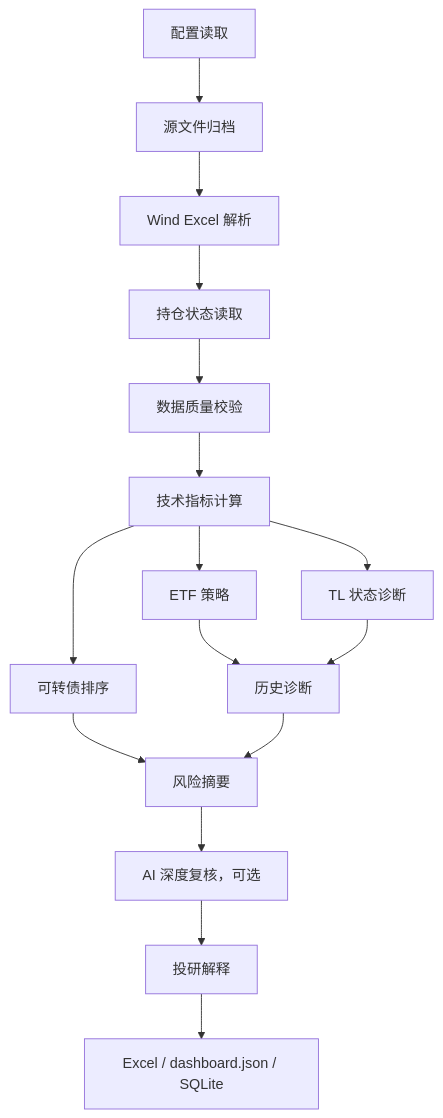
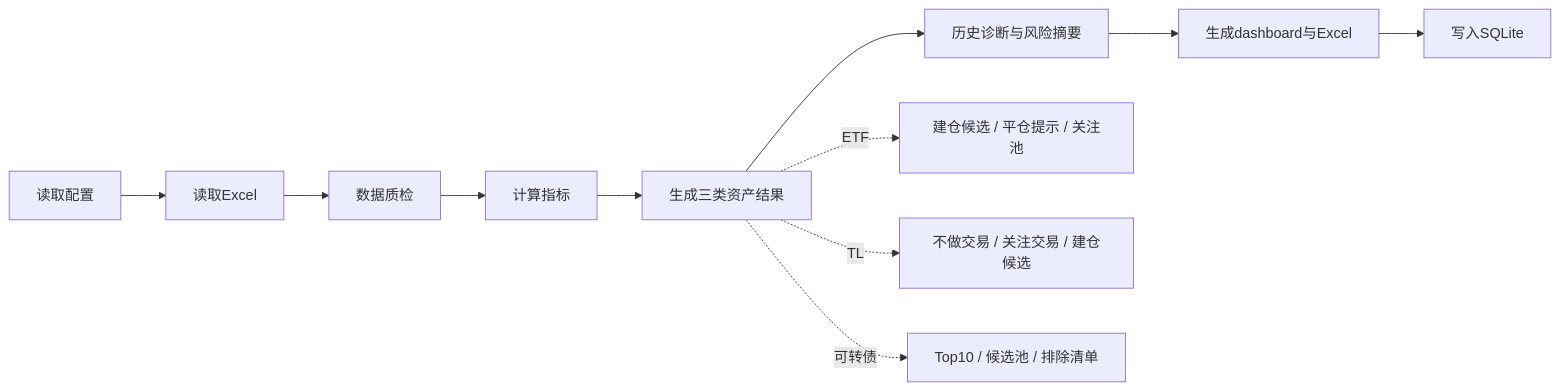
Before and after one commit to Gmasterzhangxinyang/AI-investment: the second of 2 diagrams in README.md, drawn with Mermaid. The commit also changed other lines of this file, not shown here.

Commit message:
Clarify final architecture documentation

````diff
--- a/README.md
+++ b/README.md
@@ -84,18 +89,14 @@
 ```mermaid
-flowchart TD
-    A["配置读取"] --> B["源文件归档"]
-    B --> C["Wind Excel 解析"]
-    C --> D["持仓状态读取"]
-    D --> E["数据质量校验"]
-    E --> F["技术指标计算"]
-    F --> G["ETF 策略"]
-    F --> H["TL 状态诊断"]
-    F --> I["可转债排序"]
-    G --> J["历史诊断"]
-    H --> J
-    I --> K["风险摘要"]
-    J --> K
-    K --> L["AI 深度复核，可选"]
-    L --> M["投研解释"]
-    M --> N["Excel / dashboard.json / SQLite"]
+flowchart LR
+    A["读取配置"] --> B["读取Excel"]
+    B --> C["数据质检"]
+    C --> D["计算指标"]
+    D --> E["生成三类资产结果"]
+    E --> F["历史诊断与风险摘要"]
+    F --> G["生成dashboard与Excel"]
+    G --> H["写入SQLite"]
+
+    E -.ETF.-> E1["建仓候选 / 平仓提示 / 关注池"]
+    E -.TL.-> E2["不做交易 / 关注交易 / 建仓候选"]
+    E -.可转债.-> E3["Top10 / 候选池 / 排除清单"]
 ```
````
